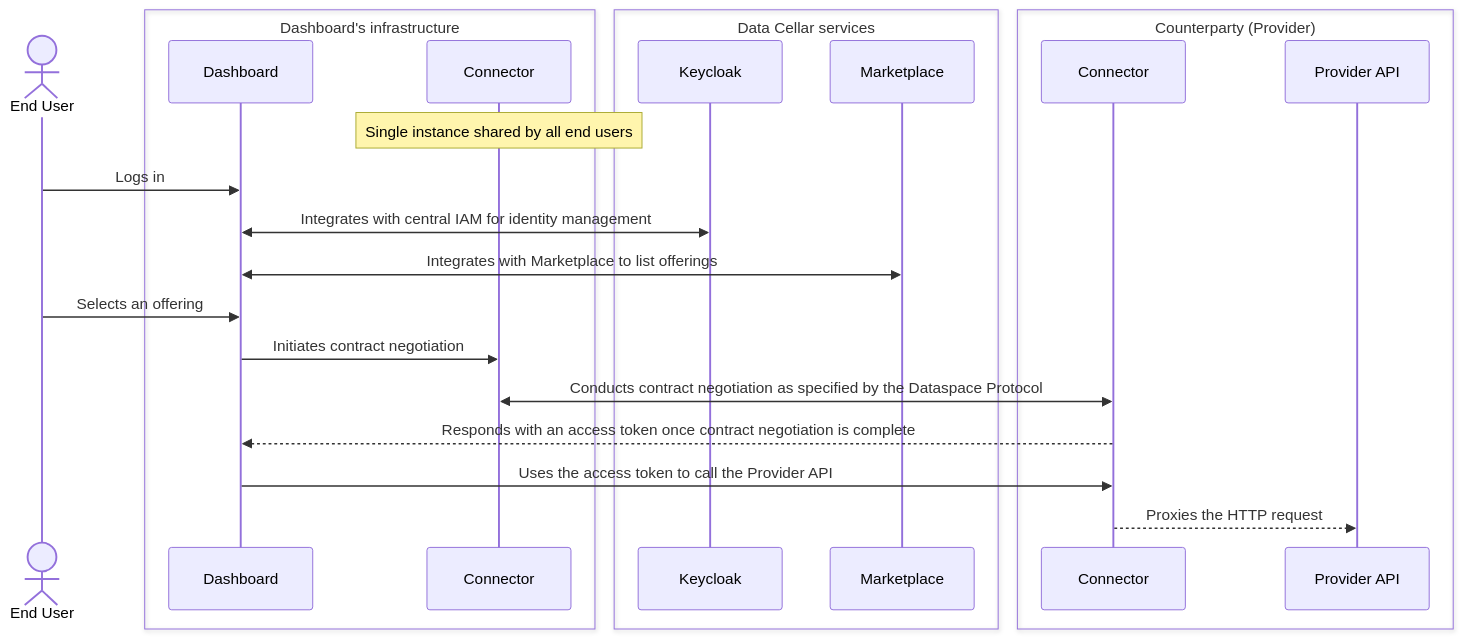
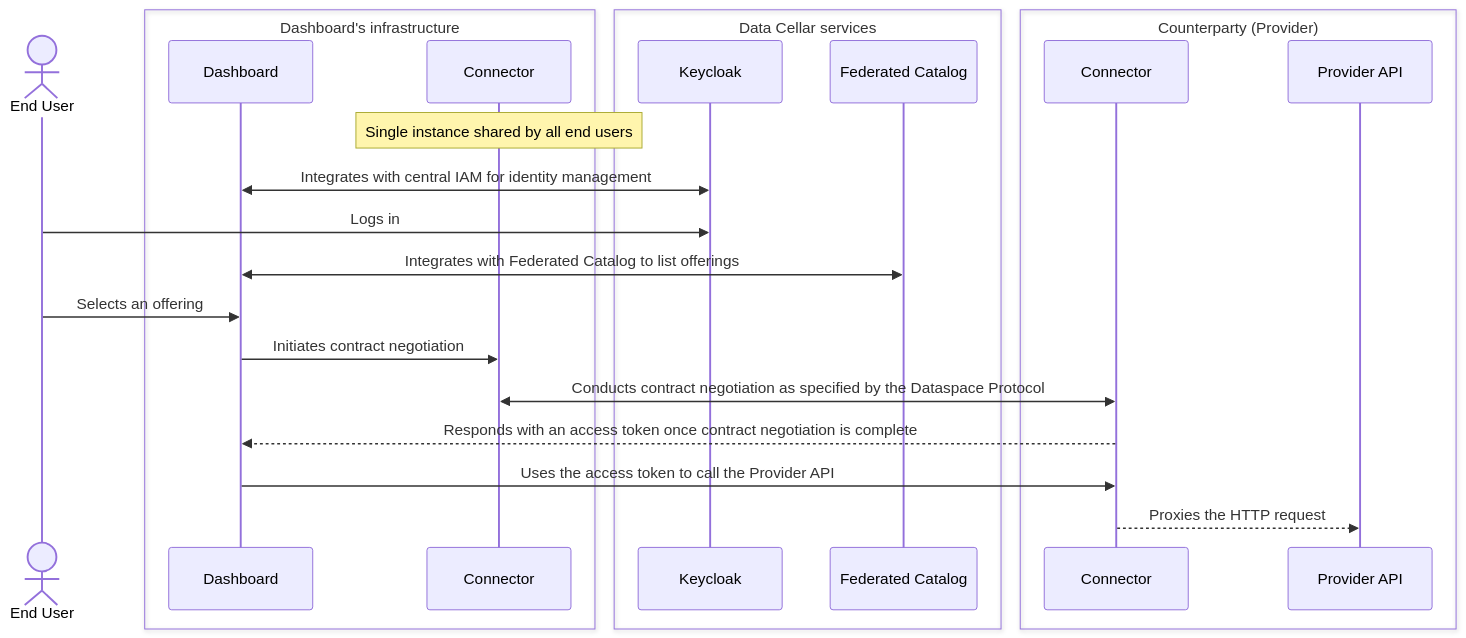
Before and after one commit to Data-Cellar/sequence-diagrams: the third of 4 diagrams in README.md, drawn with Mermaid. The commit also changed other lines of this file, not shown here.

````diff
--- a/README.md
+++ b/README.md
@@ -80,26 +76,26 @@
 ```mermaid
 sequenceDiagram
     actor USR as End User
     box Dashboard's infrastructure
     participant DAS as Dashboard
     participant DBC as Connector
     end
     Note over DBC: Single instance shared by all end users
     box Data Cellar services
     participant IAM as Keycloak
-    participant MKP as Marketplace
+    participant FCT as Federated Catalog
     end
     box Counterparty (Provider)
     participant PVC as Connector
     participant PAP as Provider API
     end
-    USR->>DAS: Logs in
     DAS<<->>IAM: Integrates with central IAM for identity management
-    DAS<<->>MKP: Integrates with Marketplace to list offerings
+    USR->>IAM: Logs in
+    DAS<<->>FCT: Integrates with Federated Catalog to list offerings
     USR->>DAS: Selects an offering
     DAS->>DBC: Initiates contract negotiation
     DBC<<->>PVC: Conducts contract negotiation as specified by the Dataspace Protocol
     PVC-->>DAS: Responds with an access token once contract negotiation is complete
     DAS->>PVC: Uses the access token to call the Provider API
     PVC-->>PAP: Proxies the HTTP request
 ```
````
